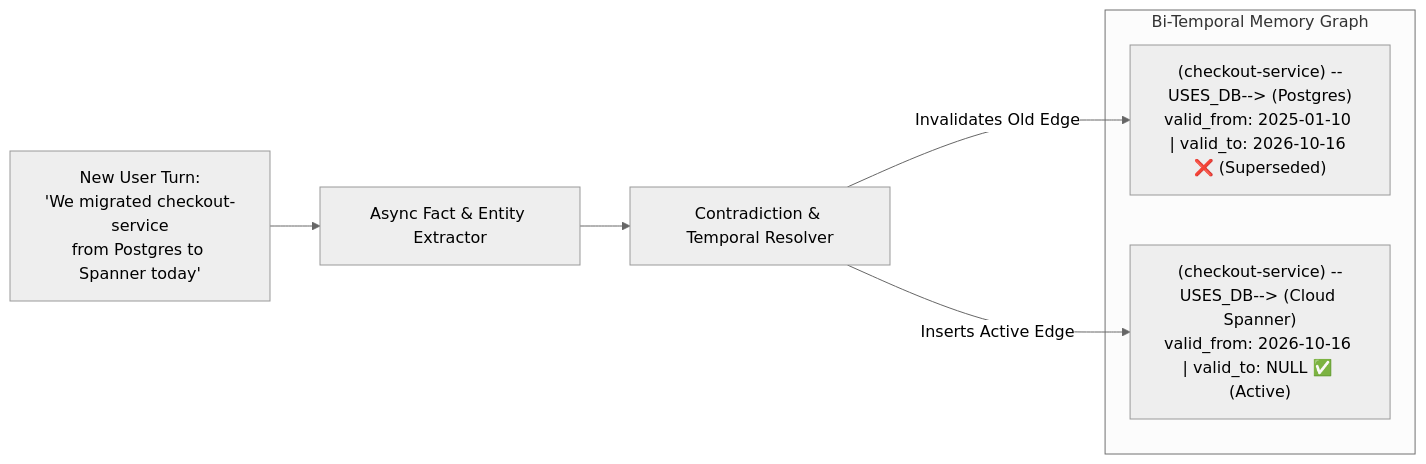
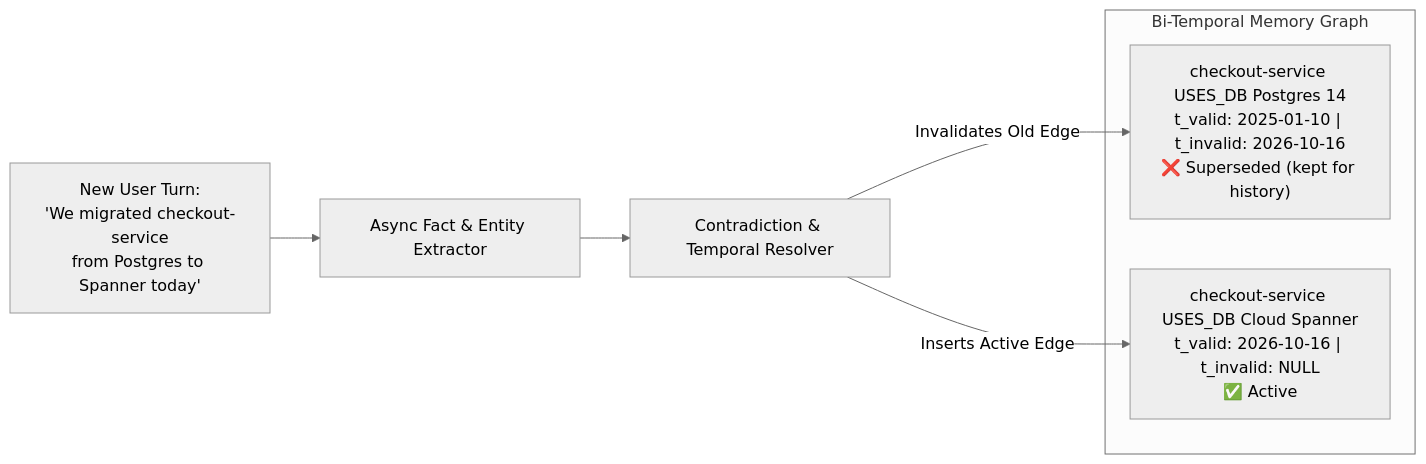
One commit to Rajdipc/agentic-ai-orchestration-patterns changed the second of 2 diagrams in chapter-11-context-engineering-and-long-term-memory.md. Above: the diagram before and after it, drawn with Mermaid (neutral theme). The commit also changed other lines of this file and 18 other files, not shown here.

````diff
--- a/chapter-11-context-engineering-and-long-term-memory.md
+++ b/chapter-11-context-engineering-and-long-term-memory.md
@@ -124,13 +166,13 @@
 ```mermaid
 flowchart LR
-    Turn["New User Turn:\n'We migrated checkout-service\nfrom Postgres to Spanner today'"] --> Extractor["Async Fact & Entity Extractor"]
+    Turn["New User Turn:<br/>'We migrated checkout-service<br/>from Postgres to Spanner today'"] --> Extractor["Async Fact & Entity Extractor"]
     Extractor --> Resolver["Contradiction & Temporal Resolver"]
 
     subgraph TemporalKG["Bi-Temporal Memory Graph"]
-        OldEdge["(checkout-service) --USES_DB--> (Postgres)\nvalid_from: 2025-01-10 | valid_to: 2026-10-16 ❌ (Superseded)"]
-        NewEdge["(checkout-service) --USES_DB--> (Cloud Spanner)\nvalid_from: 2026-10-16 | valid_to: NULL ✅ (Active)"]
+        OldEdge["checkout-service USES_DB Postgres 14<br/>t_valid: 2025-01-10 | t_invalid: 2026-10-16<br/>❌ Superseded (kept for history)"]
+        NewEdge["checkout-service USES_DB Cloud Spanner<br/>t_valid: 2026-10-16 | t_invalid: NULL<br/>✅ Active"]
     end
 
     Resolver -- "Invalidates Old Edge" --> OldEdge
     Resolver -- "Inserts Active Edge" --> NewEdge
 ```
````
